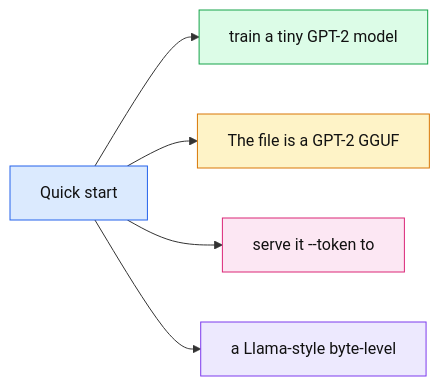
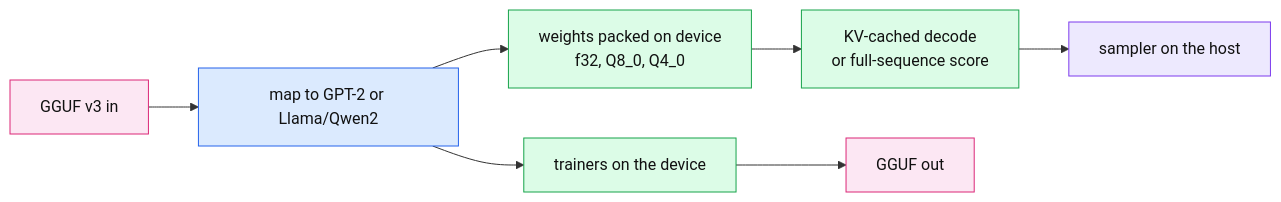
The sixth of 21 diagrams in readme.md (thomascherickal/ferrum-gpu), drawn with Mermaid before and after one commit. The commit also changed other lines of this file and 4 other files, not shown here.

First line of the commit message:
docs: hand-drawn data-flow diagrams for the readme, architecture and GUI pages

````diff
--- a/readme.md
+++ b/readme.md
@@ -141,13 +160,13 @@
 ```mermaid
 flowchart LR
-    a["Quick start"]:::root
-    a --> n0["train a tiny GPT-2 model"]:::c0
-    a --> n1["The file is a GPT-2 GGUF"]:::c1
-    a --> n2["serve it --token to"]:::c2
-    a --> n3["a Llama-style byte-level"]:::c3
-    classDef root fill:#dbeafe,stroke:#2563eb,color:#111
-    classDef c0 fill:#dcfce7,stroke:#16a34a,color:#111
-    classDef c1 fill:#fef3c7,stroke:#d97706,color:#111
-    classDef c2 fill:#fce7f3,stroke:#db2777,color:#111
-    classDef c3 fill:#ede9fe,stroke:#7c3aed,color:#111
+    gg["GGUF v3 in"]:::io --> mp["map to GPT-2 or Llama/Qwen2"]:::core
+    mp --> pk["weights packed on device<br/>f32, Q8_0, Q4_0"]:::gpu
+    pk --> dec["KV-cached decode<br/>or full-sequence score"]:::gpu
+    dec --> sm["sampler on the host"]:::host
+    mp --> tr["trainers on the device"]:::gpu --> out["GGUF out"]:::io
+    classDef core fill:#dbeafe,stroke:#2563eb,color:#111
+    classDef gpu fill:#dcfce7,stroke:#16a34a,color:#111
+    classDef cpu fill:#fef3c7,stroke:#d97706,color:#111
+    classDef io fill:#fce7f3,stroke:#db2777,color:#111
+    classDef host fill:#ede9fe,stroke:#7c3aed,color:#111
 ```
````
